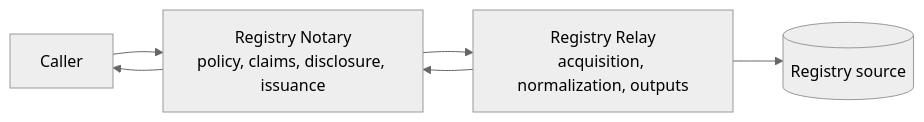
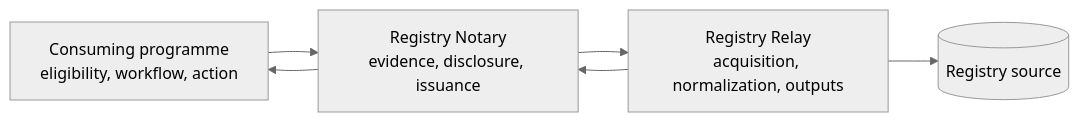
One commit to registrystack/registry-stack changed the diagram in products/notary/docs/architecture-overview.md. Above: the diagram before and after it, drawn with Mermaid (neutral theme). The commit also changed other lines of this file and 63 other files, not shown here.

Commit message:
fix: separate evidence from programme decisions

````diff
--- a/products/notary/docs/architecture-overview.md
+++ b/products/notary/docs/architecture-overview.md
@@ -36,8 +38,8 @@
 ```mermaid
 flowchart LR
-  Caller[Caller] --> Notary[Registry Notary<br/>policy, claims, disclosure, issuance]
+  Programme[Consuming programme<br/>eligibility, workflow, action] --> Notary[Registry Notary<br/>evidence, disclosure, issuance]
   Notary --> Relay[Registry Relay<br/>acquisition, normalization, outputs]
   Relay --> Source[(Registry source)]
   Relay --> Notary
-  Notary --> Caller
+  Notary --> Programme
 ```
````
